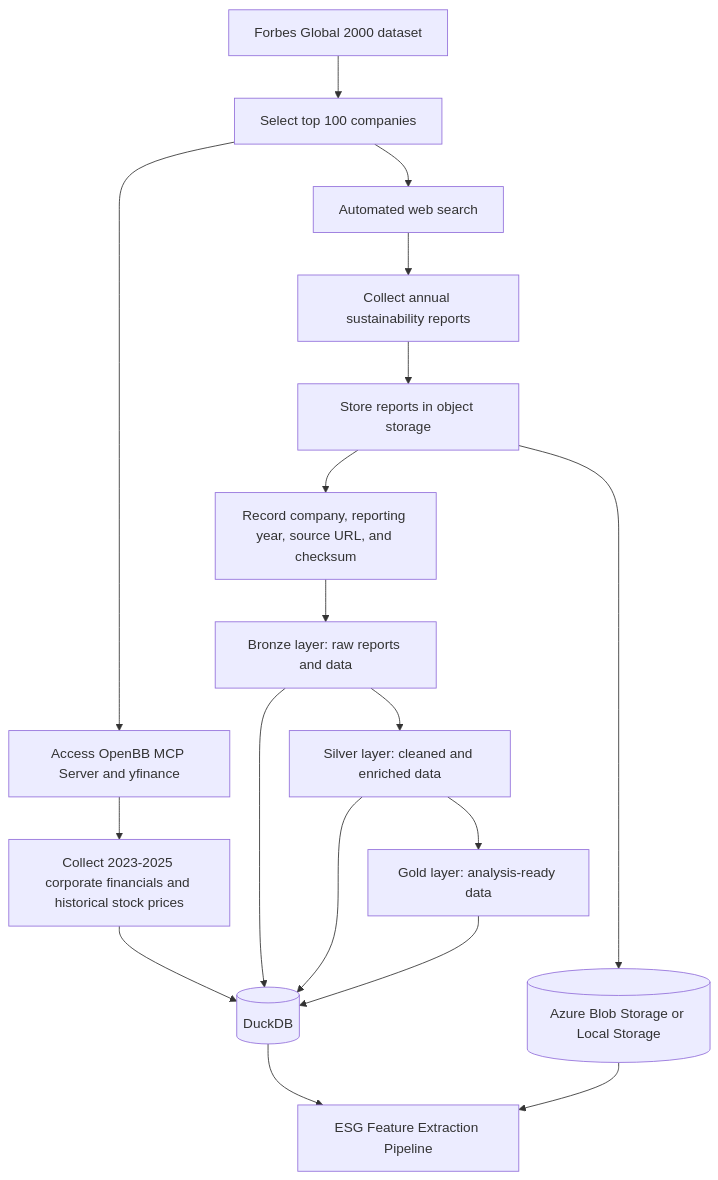
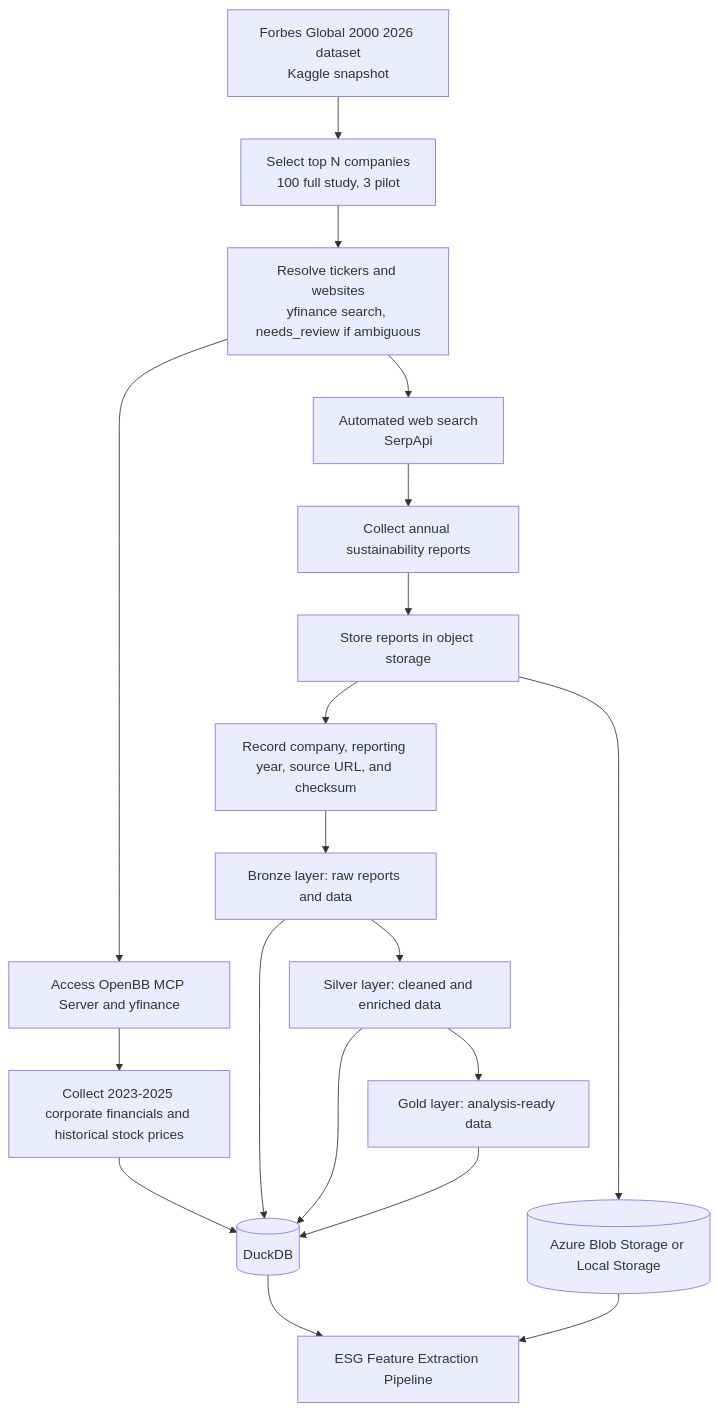
One commit to prakgov/esg-profile changed the second of 4 diagrams in docs/ARCHITECTURE.md. Above: the diagram before and after it, drawn with Mermaid. The commit also changed other lines of this file and 4 other files, not shown here.

First line of the commit message:
docs: Record pilot design decisions and move study to Forbes 2026 list

````diff
--- a/docs/ARCHITECTURE.md
+++ b/docs/ARCHITECTURE.md
@@ -44,27 +44,28 @@
 ```mermaid
 flowchart TD
     L[("DuckDB")]
-    A["Forbes Global 2000 dataset"] --> B["Select top 100 companies"]
-    B --> C["Automated web search"]
+    A["Forbes Global 2000 2026 dataset<br/>Kaggle snapshot"] --> B["Select top N companies<br/>100 full study, 3 pilot"]
+    B --> R["Resolve tickers and websites<br/>yfinance search, needs_review if ambiguous"]
+    R --> C["Automated web search<br/>SerpApi"]
     C --> D["Collect annual sustainability reports"]
     D --> E["Store reports in object storage"]
     E --> F["Record company, reporting year, source URL, and checksum"]
 
-    B --> G["Access OpenBB MCP Server and yfinance"]
+    R --> G["Access OpenBB MCP Server and yfinance"]
     G --> H["Collect 2023-2025 corporate financials and historical stock prices"]
     H --> L
 
     F --> I["Bronze layer: raw reports and data"]
     I --> L
 
     I --> J["Silver layer: cleaned and enriched data"]
     J --> L
 
     J --> K
     K["Gold layer: analysis-ready data"] --> L
 
 
     E --> M[("Azure Blob Storage or Local Storage")]
     L --> N["ESG Feature Extraction Pipeline"]
     M --> N
 ```
````
